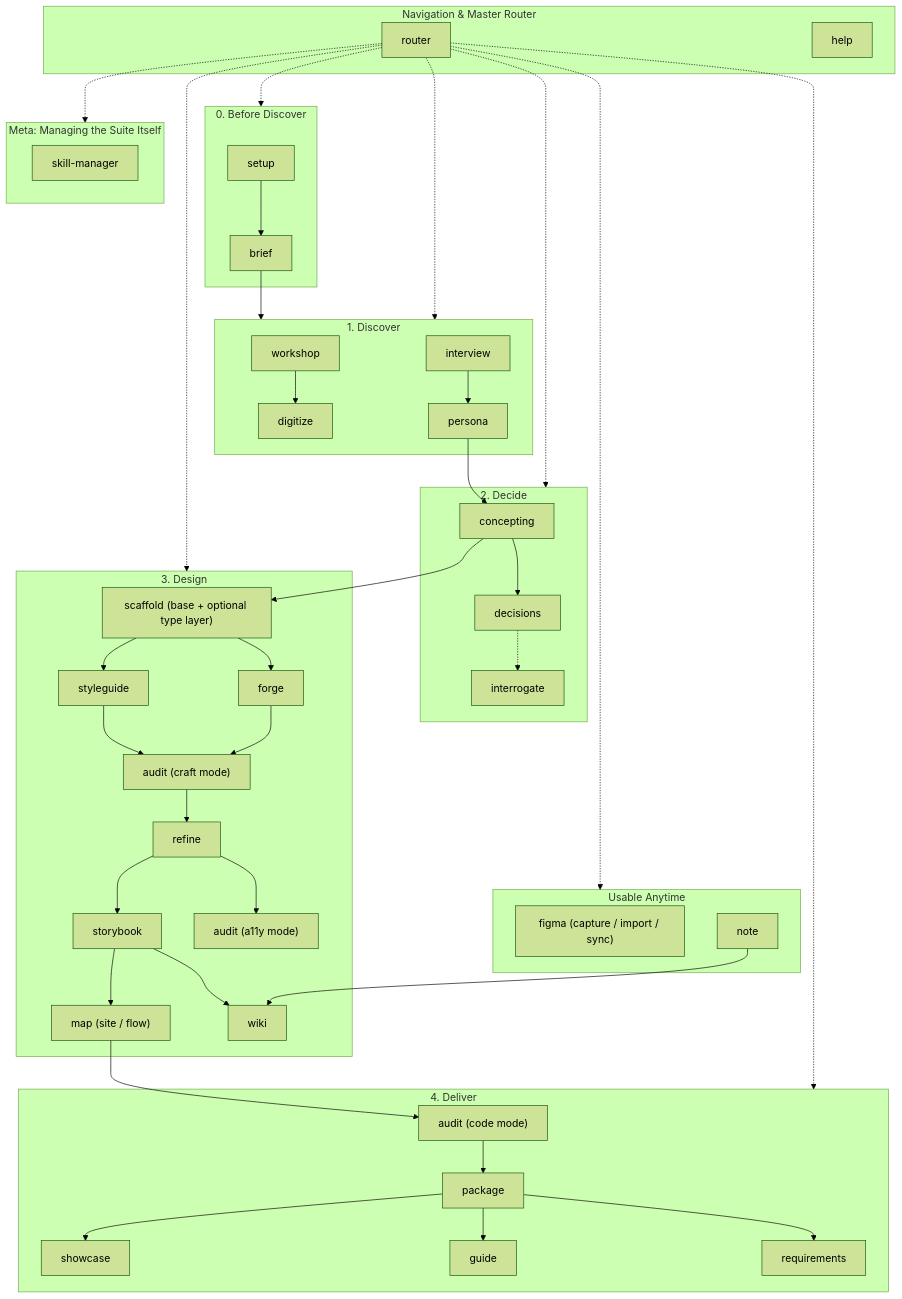
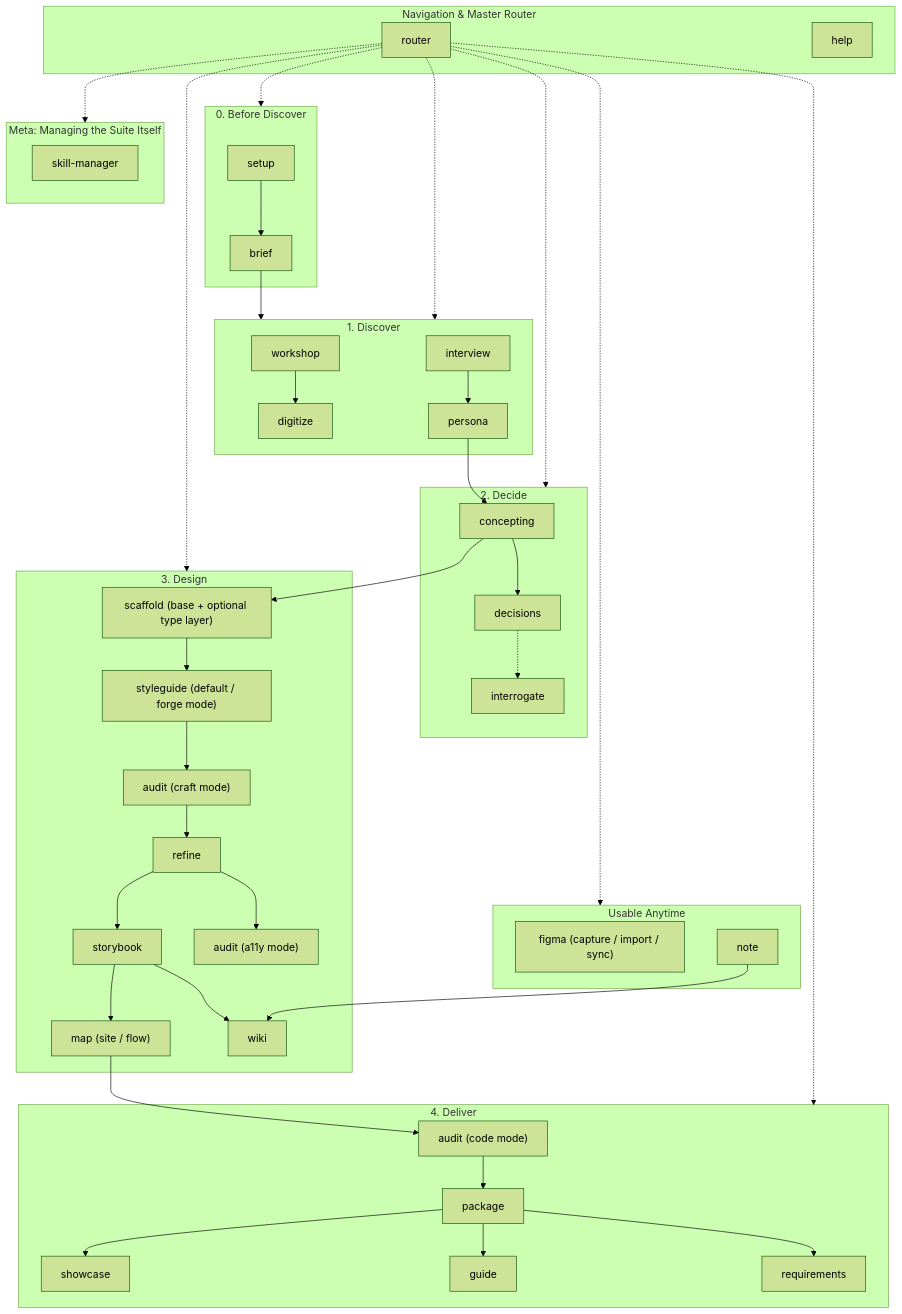
One commit to RPalis/AIXLab-Atlas changed the diagram in AGENTS.md. Above: the diagram before and after it, drawn with Mermaid (forest theme). The commit also changed other lines of this file and 8 other files, not shown here.

First line of the commit message:
Merge forge into styleguide as a named mode

````diff
--- a/AGENTS.md
+++ b/AGENTS.md
@@ -15,61 +15,59 @@
 ```mermaid
 flowchart TD
     subgraph Router ["Navigation & Master Router"]
         R0[router]
         RH[help]
     end
 
     subgraph Before ["0. Before Discover"]
         P00[setup] --> P00B[brief]
     end
 
     subgraph Discover ["1. Discover"]
         P0W[workshop] --> P0D[digitize]
         P0U[interview] --> P1[persona]
     end
 
     subgraph Decide ["2. Decide"]
         P1 --> P2[concepting]
         P2 --> P7B[decisions]
         P7B -.-> P7C[interrogate]
     end
 
     subgraph Design ["3. Design"]
         P2 --> P3["scaffold (base + optional type layer)"]
-        P3 --> P4[styleguide]
-        P3 --> P4B[forge]
+        P3 --> P4["styleguide (default / forge mode)"]
         P4 --> PCA["audit (craft mode)"]
-        P4B --> PCA
         PCA --> P5[refine]
         P5 --> P6[storybook]
         P6 --> P7["map (site / flow)"]
         P5 --> P7D["audit (a11y mode)"]
         P6 --> P7F[wiki]
     end
 
     subgraph Deliver ["4. Deliver"]
         P7 --> P8["audit (code mode)"]
         P8 --> P9[package]
         P9 --> P9B[showcase]
         P9 --> P9C[guide]
         P9 --> P9D[requirements]
     end
 
     subgraph Anytime ["Usable Anytime"]
         FIG["figma (capture / import / sync)"]
         NOTE[note] --> P7F
     end
 
     subgraph Meta ["Meta: Managing the Suite Itself"]
         SM[skill-manager]
     end
 
     P00B --> Discover
     R0 -.-> Before
     R0 -.-> Discover
     R0 -.-> Decide
     R0 -.-> Design
     R0 -.-> Deliver
     R0 -.-> Anytime
     R0 -.-> Meta
 ```
````
